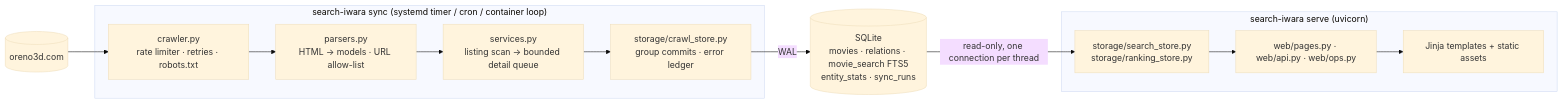
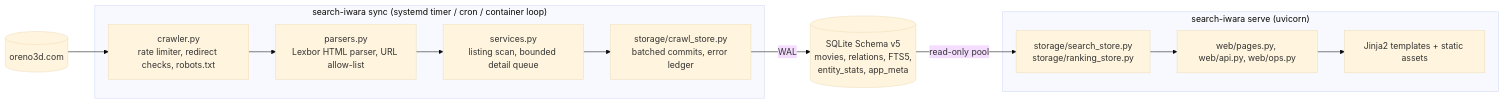
The first of 2 diagrams in docs/architecture.md (beautifulrem/iwara-search), drawn with Mermaid (base theme) before and after one commit. The commit also changed other lines of this file and 33 other files, not shown here.

````diff
--- a/docs/architecture.md
+++ b/docs/architecture.md
@@ -7,15 +5,15 @@
 ```mermaid
 flowchart LR
     subgraph crawl ["search-iwara sync (systemd timer / cron / container loop)"]
-        C[crawler.py<br/>rate limiter · retries · robots.txt] --> P[parsers.py<br/>HTML → models · URL allow-list]
-        P --> S[services.py<br/>listing scan → bounded detail queue]
-        S --> W[storage/crawl_store.py<br/>group commits · error ledger]
+        C[crawler.py<br/>rate limiter, redirect checks, robots.txt] --> P[parsers.py<br/>Lexbor HTML parser, URL allow-list]
+        P --> S[services.py<br/>listing scan, bounded detail queue]
+        S --> W[storage/crawl_store.py<br/>batched commits, error ledger]
     end
-    W -->|WAL| DB[(SQLite<br/>movies · relations · movie_search FTS5<br/>entity_stats · sync_runs)]
-    DB -->|read-only, one connection per thread| R[storage/search_store.py<br/>storage/ranking_store.py]
+    W -->|WAL| DB[(SQLite Schema v5<br/>movies, relations, FTS5,<br/>entity_stats, app_meta)]
+    DB -->|read-only pool| R[storage/search_store.py<br/>storage/ranking_store.py]
     subgraph web ["search-iwara serve (uvicorn)"]
-        R --> WEB[web/pages.py · web/api.py · web/ops.py]
-        WEB --> T[Jinja templates + static assets]
+        R --> WEB[web/pages.py, web/api.py, web/ops.py]
+        WEB --> T[Jinja2 templates + static assets]
     end
     O3D[(oreno3d.com)] --> C
 ```
````
